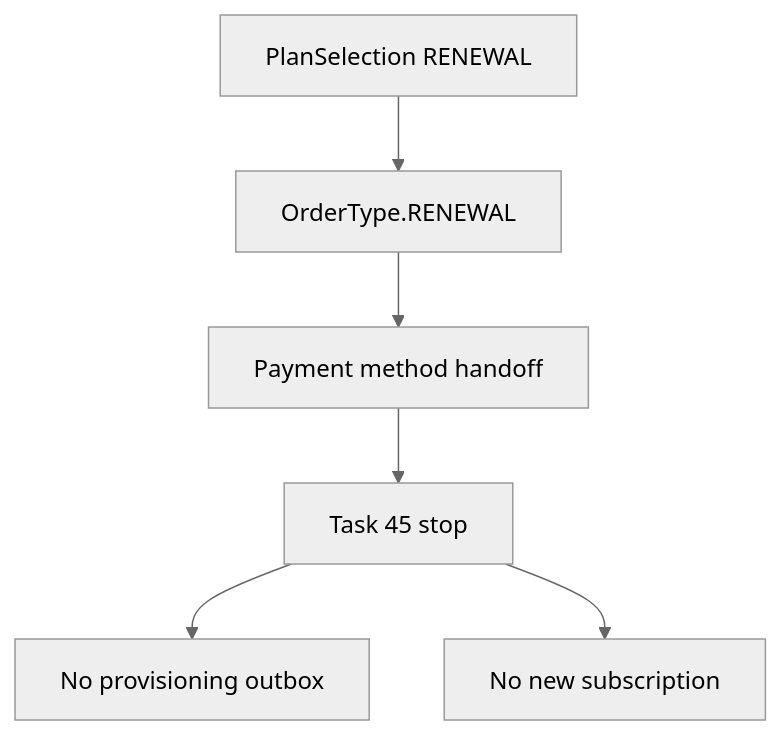
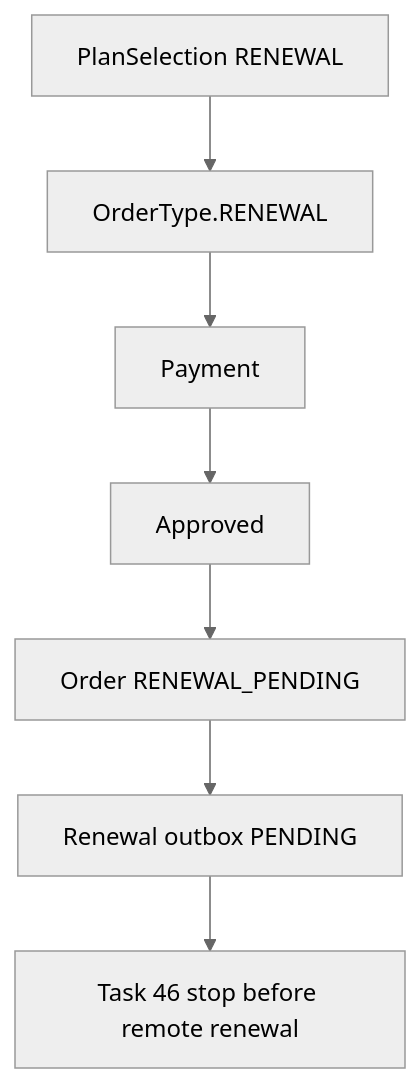
Before and after one commit to parazit-IR/panel: the second of 2 diagrams in docs/architecture/order-lifecycle.md, drawn with Mermaid (neutral theme). The commit also changed other lines of this file and 53 other files, not shown here.

Commit message:
feat(renewal): queue renewal after payment approval

````diff
--- a/docs/architecture/order-lifecycle.md
+++ b/docs/architecture/order-lifecycle.md
@@ -18,8 +18,9 @@
 ```mermaid
 flowchart TD
     A[PlanSelection RENEWAL] --> B[OrderType.RENEWAL]
-    B --> C[Payment method handoff]
-    C --> D[Task 45 stop]
-    D --> E[No provisioning outbox]
-    D --> F[No new subscription]
+    B --> C[Payment]
+    C --> D[Approved]
+    D --> E[Order RENEWAL_PENDING]
+    E --> F[Renewal outbox PENDING]
+    F --> G[Task 46 stop before remote renewal]
 ```
````
